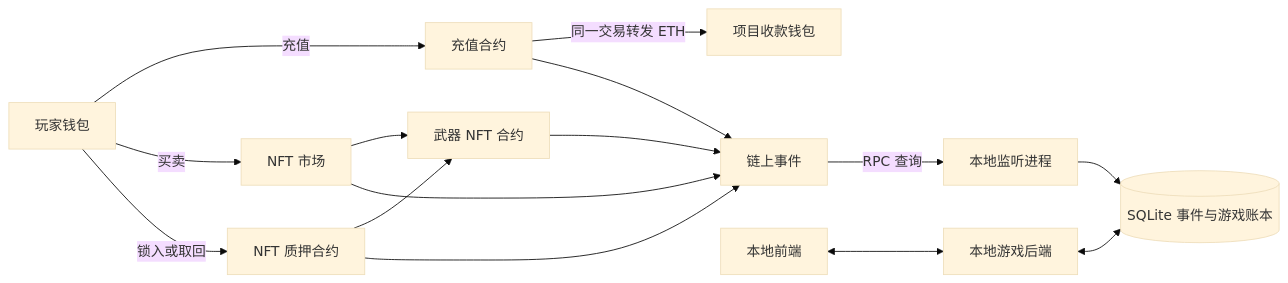
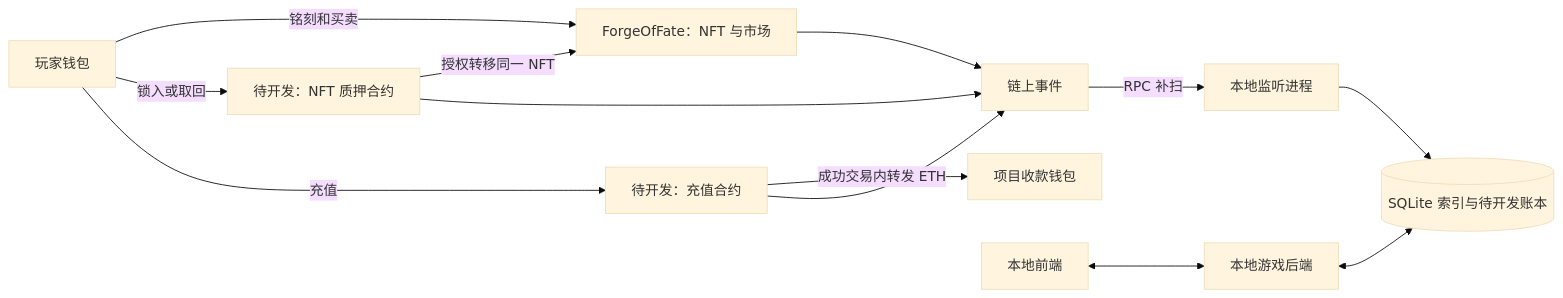
The first of 2 diagrams in chain/链上功能与开发计划.md (ssy1245/DApp-ForgeOfFate), drawn with Mermaid (base theme) before and after one commit. The commit also changed other lines of this file and 35 other files, not shown here.

````diff
--- a/chain/链上功能与开发计划.md
+++ b/chain/链上功能与开发计划.md
@@ -98,17 +104,15 @@
 ```mermaid
 flowchart LR
-    W[玩家钱包] -->|充值| R[充值合约]
-    R -->|同一交易转发 ETH| T[项目收款钱包]
-    W -->|买卖| M[NFT 市场]
-    W -->|锁入或取回| S[NFT 质押合约]
-    M --> N[武器 NFT 合约]
-    S --> N
-    N --> E[链上事件]
+    W[玩家钱包] -->|铭刻和买卖| NM[ForgeOfFate：NFT 与市场]
+    W -->|锁入或取回| S[待开发：NFT 质押合约]
+    S -->|授权转移同一 NFT| NM
+    W -->|充值| R[待开发：充值合约]
+    R -->|成功交易内转发 ETH| T[项目收款钱包]
+    NM --> E[链上事件]
     R --> E
-    M --> E
     S --> E
-    E -->|RPC 查询| L[本地监听进程]
-    L --> D[(SQLite 事件与游戏账本)]
+    E -->|RPC 补扫| L[本地监听进程]
+    L --> D[(SQLite 索引与待开发账本)]
     A[本地游戏后端] <--> D
     F[本地前端] <--> A
 ```
````
